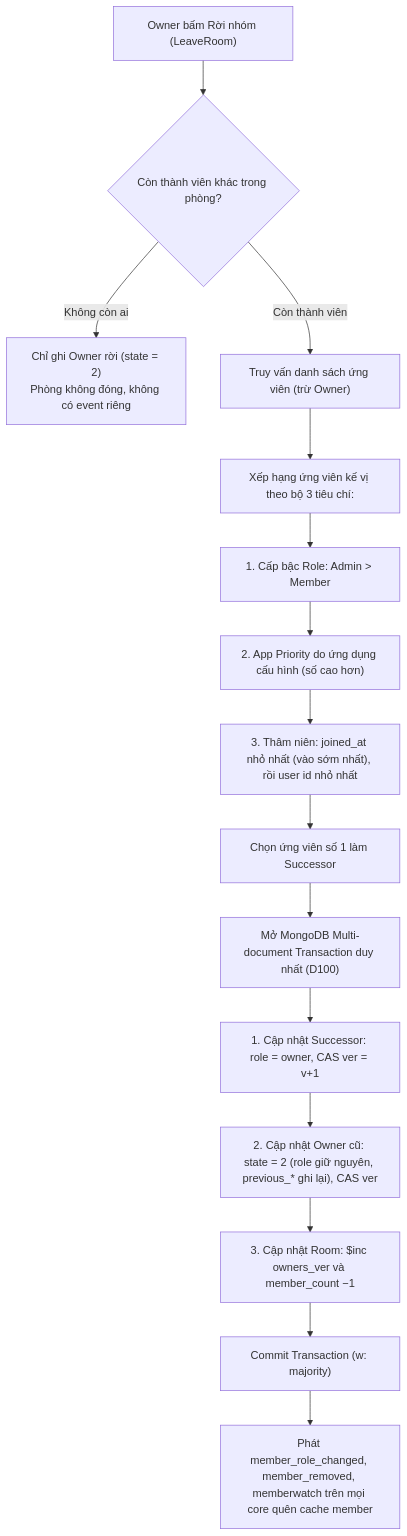
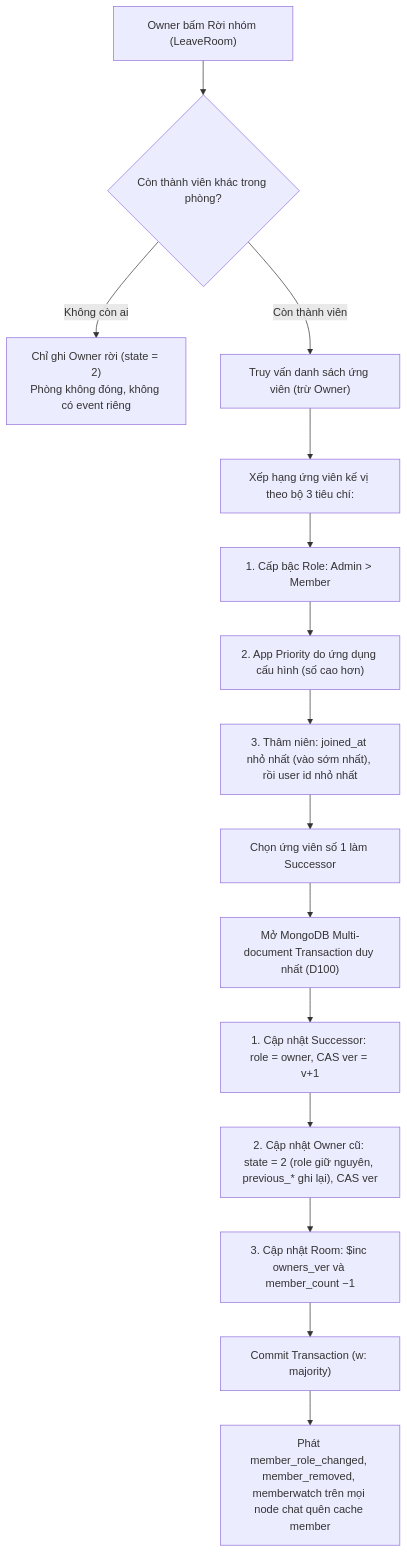
One commit to ivannguyendev/chatim changed the second of 3 diagrams in docs/modules/05-feature-membership-roles-and-succession.md. Above: the diagram before and after it, drawn with Mermaid. The commit also changed other lines of this file and 332 other files, not shown here.

````diff
--- a/docs/modules/05-feature-membership-roles-and-succession.md
+++ b/docs/modules/05-feature-membership-roles-and-succession.md
@@ -48,21 +48,21 @@
 ```mermaid
 flowchart TD
     Start["Owner bấm Rời nhóm (LeaveRoom)"] --> CheckRole{"Còn thành viên khác trong phòng?"}
     CheckRole -- "Không còn ai" --> ArchiveRoom["Chỉ ghi Owner rời (state = 2)<br/>Phòng không đóng, không có event riêng"]
     CheckRole -- "Còn thành viên" --> QueryCandidates["Truy vấn danh sách ứng viên (trừ Owner)"]
 
     QueryCandidates --> RankCandidates["Xếp hạng ứng viên kế vị theo bộ 3 tiêu chí:"]
     RankCandidates --> P1["1. Cấp bậc Role: Admin > Member"]
     P1 --> P2["2. App Priority do ứng dụng cấu hình (số cao hơn)"]
     P2 --> P3["3. Thâm niên: joined_at nhỏ nhất (vào sớm nhất), rồi user id nhỏ nhất"]
 
     P3 --> SelectSuccessor["Chọn ứng viên số 1 làm Successor"]
     SelectSuccessor --> Tx["Mở MongoDB Multi-document Transaction duy nhất (D100)"]
 
     Tx --> StepA["1. Cập nhật Successor: role = owner, CAS ver = v+1"]
     StepA --> StepB["2. Cập nhật Owner cũ: state = 2 (role giữ nguyên, previous_* ghi lại), CAS ver"]
     StepB --> StepC["3. Cập nhật Room: $inc owners_ver và member_count −1"]
     StepC --> Commit["Commit Transaction (w: majority)"]
 
-    Commit --> InvalidateCache["Phát member_role_changed, member_removed, memberwatch trên mọi core quên cache member"]
+    Commit --> InvalidateCache["Phát member_role_changed, member_removed, memberwatch trên mọi node chat quên cache member"]
 ```
````
